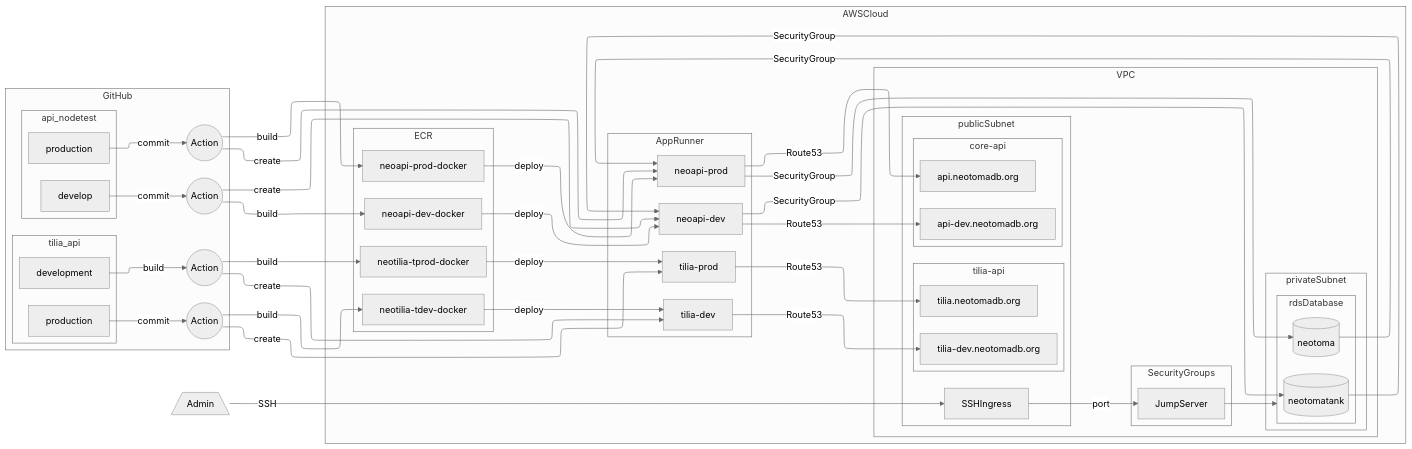
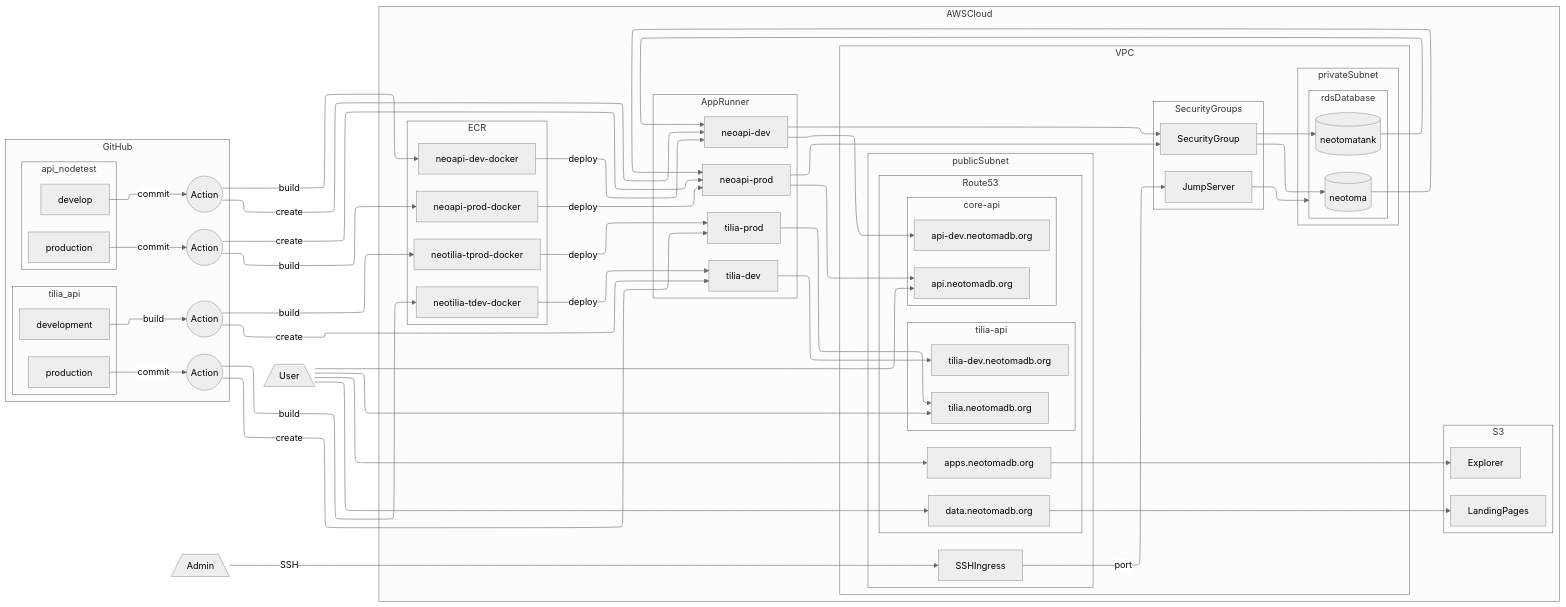
The diagram in docs/aws/index.md (NeotomaDB/system_documentation), drawn with Mermaid before and after one commit. The commit also changed other lines of this file and 3 other files, not shown here.

First line of the commit message:
Updated AWS docs to add better mermaid diagramming, S3 docs. New links

````diff
--- a/docs/aws/index.md
+++ b/docs/aws/index.md
@@ -19,18 +19,18 @@
 GHA_api_main --build--> neoapi-prod-docker 
 GHA_api_main --create--> neoapi-prod
 neoapi-prod-docker --deploy--> neoapi-prod
-neoapi-prod --Route53--> api.neotomadb.org
-neoapi-prod --SecurityGroup--> neotoma
-neotoma --SecurityGroup--> neoapi-prod
+neoapi-prod --> api_web
+neoapi-prod -->SecurityGroup--> neotoma
+neotoma --> neoapi-prod
 
 %% %% Development Branch
 api_dev_branch --commit--> GHA_api_dev
 GHA_api_dev --build--> neoapi-dev-docker
 GHA_api_dev --create--> neoapi-dev
 neoapi-dev-docker --deploy--> neoapi-dev
-neoapi-dev --Route53--> api-dev.neotomadb.org
-neoapi-dev --SecurityGroup--> neotomatank
-neotomatank --SecurityGroup--> neoapi-dev
+neoapi-dev --> api_dev_web
+neoapi-dev -->SecurityGroup--> neotomatank
+neotomatank --> neoapi-dev
 
 %% Tilia API Deployment
 %% %% Main Branch
@@ -38,19 +38,27 @@
 GHA_tilia_main --build--> neotilia-tdev-docker
 GHA_tilia_main --create--> tilia-prod
 neotilia-tprod-docker --deploy--> tilia-prod
-tilia-prod --Route53--> tilia.neotomadb.org
+tilia-prod --> tilia_web
 
 %% %% Development Branch
 tilia_dev_branch --build--> GHA_tilia_dev
 GHA_tilia_dev --build--> neotilia-tprod-docker
 GHA_tilia_dev --create--> tilia-dev
 neotilia-tdev-docker --deploy--> tilia-dev
-tilia-dev --Route53--> tilia-dev.neotomadb.org
+tilia-dev --> tilia_dev_web
+
+%% Static Pages
+explorer_web --> Explorer
+data_web --> LandingPages
 
 %% Human Action
 Administrator--SSH-->SSHIngress
 SSHIngress--port-->JumpServer
 JumpServer-->rdsDatabase
+User --> api_web
+User --> tilia_web
+User --> explorer_web
+User --> data_web
 
 subgraph GitHub
     subgraph api_nodetest
@@ -67,15 +75,23 @@
     GHA_tilia_main((Action))
 end
 subgraph AWSCloud
+    subgraph S3
+        LandingPages
+        Explorer
+    end
     subgraph VPC
         subgraph publicSubnet
-            subgraph core-api
-                api.neotomadb.org
-                api-dev.neotomadb.org
-            end
-            subgraph tilia-api
-                tilia.neotomadb.org
-                tilia-dev.neotomadb.org
+            subgraph Route53
+                subgraph core-api
+                    api_web[api.neotomadb.org]
+                    api_dev_web[api-dev.neotomadb.org]
+                end
+                subgraph tilia-api
+                    tilia_web[tilia.neotomadb.org]
+                    tilia_dev_web[tilia-dev.neotomadb.org]
+                end
+                data_web[data.neotomadb.org]
+                explorer_web[apps.neotomadb.org]
             end
             SSHIngress
         end
@@ -86,6 +102,7 @@
             end
         end
         subgraph SecurityGroups
+            SecurityGroup
             JumpServer
         end
     end
@@ -104,13 +121,20 @@
 end
 
 Administrator[/Admin\]
+User[/User\]
 
-click api_nodetest "https:/github.com/NeotomaDB/api_nodetest" "Link to the Neotoma API Code Repository"
-click tilia_api "https:/github.com/NeotomaDB/tilia_api" "Link to the Tilia API Code Repository"
+click api_main_branch "https:/github.com/NeotomaDB/api_nodetest" "Link to the Neotoma API Code Repository"
+click tilia_main_branch "https:/github.com/NeotomaDB/tilia_api" "Link to the Tilia API Code Repository"
+
+click api_dev_branch "https:/github.com/NeotomaDB/api_nodetest" "Link to the Neotoma API Code Repository"
+click tilia_dev_branch "https:/github.com/NeotomaDB/tilia_api" "Link to the Tilia API Code Repository"
 
 click GHA_api_dev "https://github.com/NeotomaDB/api_nodetest/blob/develop/.github/workflows/deploy.yml" "GitHub Action YAML"
 click GHA_api_main "https://github.com/NeotomaDB/api_nodetest/blob/production/.github/workflows/deploy.yml" "GitHub Action YAML"
 
-click api.neotomadb.org "https://api.neotomadb.org" "Neotoma API"
-click api-dev.neotomadb.org "https://api-dev.neotomadb.org" "Neotoma dev API"
+click api_web "https://api.neotomadb.org" "Neotoma API"
+click api_dev_web "https://api-dev.neotomadb.org" "Neotoma Dev API"
+
+click tilia_web "https://tilia.neotomadb.org" "Tilia API"
+click tilia_dev_web "https://tiliatank.neotomadb.org" "Tilia Dev API"
 ```
````
